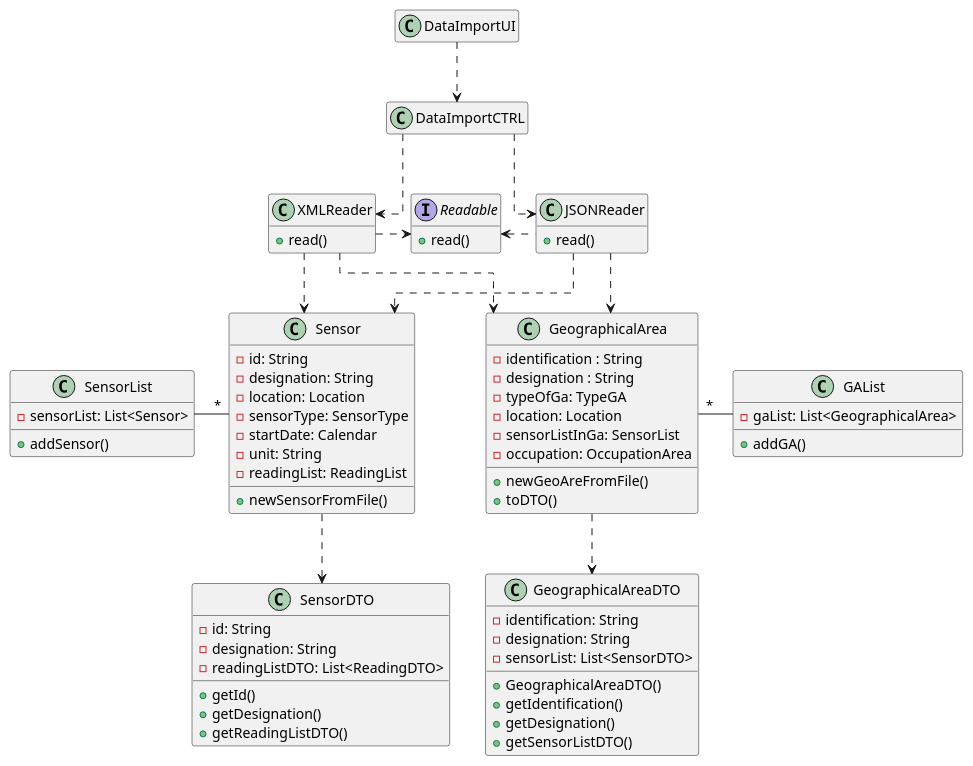
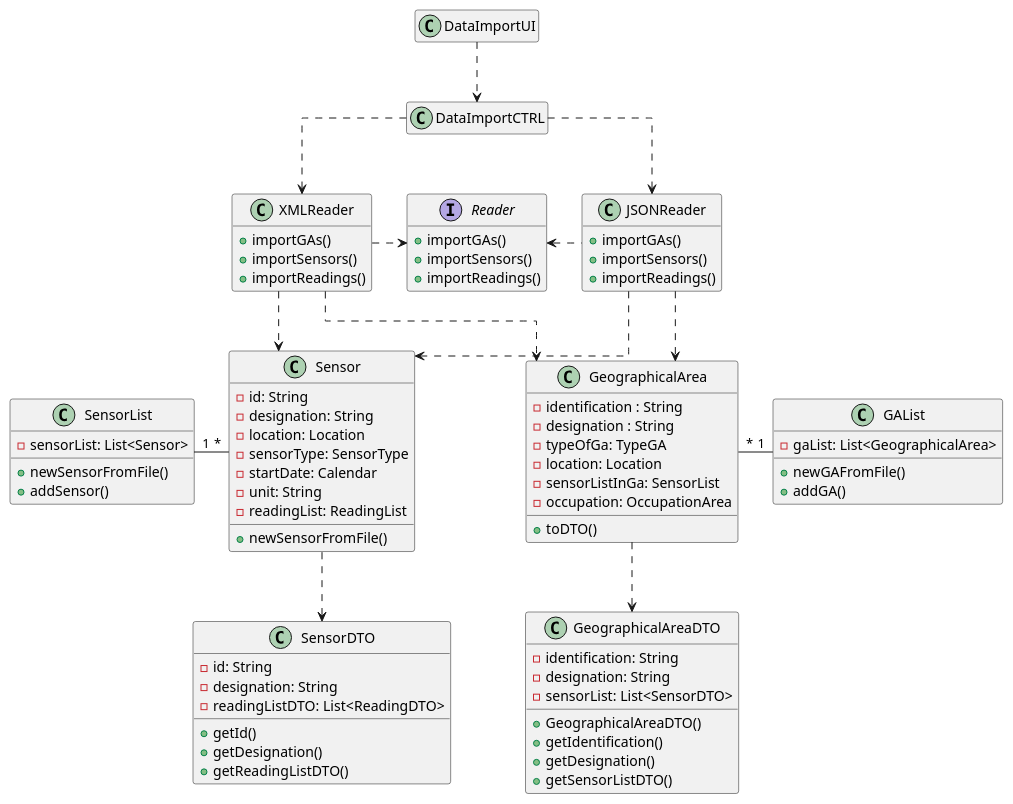
One commit to emanuel-pereira/hou changed the diagram in src/main/java/smarthome/controller/classDiagrams/cd_ImportGAsAndSensorsFromFile.puml. Above: the diagram before and after it, drawn with PlantUML. The commit also changed 1 other file, not shown here.

Commit message:
Update of class and sequence diagrams of ImportGAsAndSensorsFromFile

```diff
--- a/src/main/java/smarthome/controller/classDiagrams/cd_ImportGAsAndSensorsFromFile.puml
+++ b/src/main/java/smarthome/controller/classDiagrams/cd_ImportGAsAndSensorsFromFile.puml
@@ -1,100 +1,107 @@
 @startuml
 skinparam linetype ortho
 hide empty members
 
 class DataImportUI{
 
 }
 
 class DataImportCTRL{
 }
 
 
-interface Readable {
-+ read()
+interface Reader {
++ importGAs()
++ importSensors()
++ importReadings()
 }
 
 class JSONReader{
-+ read()
++ importGAs()
++ importSensors()
++ importReadings()
 }
 
 class XMLReader{
-+ read()
++ importGAs()
++ importSensors()
++ importReadings()
 }
 
  class GAList {
 - gaList: List<GeographicalArea>
++ newGAFromFile()
 + addGA()
   }
 
 
 class GeographicalArea {
 - identification : String
 - designation : String
 - typeOfGa: TypeGA
 - location: Location
 - sensorListInGa: SensorList
 - occupation: OccupationArea
-+ newGeoAreFromFile()
 + toDTO()
  }
 
  class GeographicalAreaDTO{
  - identification: String
  - designation: String
  - sensorList: List<SensorDTO>
  + GeographicalAreaDTO()
  + getIdentification()
  + getDesignation()
  + getSensorListDTO()
  }
 
  class SensorList{
  - sensorList: List<Sensor>
+ + newSensorFromFile()
  + addSensor()
  }
 
  class Sensor {
  - id: String
  - designation: String
  - location: Location
  - sensorType: SensorType
  - startDate: Calendar
  - unit: String
  - readingList: ReadingList
  + newSensorFromFile()
  }
 
  class SensorDTO{
  - id: String
  - designation: String
  - readingListDTO: List<ReadingDTO>
  + getId()
  + getDesignation()
  + getReadingListDTO()
  }
 
 DataImportUI ..> DataImportCTRL
 
 DataImportCTRL ..> JSONReader
 DataImportCTRL ..> XMLReader
 
-Readable <. JSONReader
-XMLReader .> Readable
+Reader <. JSONReader
+XMLReader .> Reader
 
 
 JSONReader ..> GeographicalArea
 XMLReader ..> GeographicalArea
 
 XMLReader ..> Sensor
 JSONReader ..> Sensor
 
 
 GeographicalArea ..> GeographicalAreaDTO
-GeographicalArea"*" - GAList
+GeographicalArea"*" - "1"GAList
 
 Sensor ..> SensorDTO
-SensorList - "*"Sensor
+SensorList"1" - "*"Sensor
 
 
 @enduml
```
